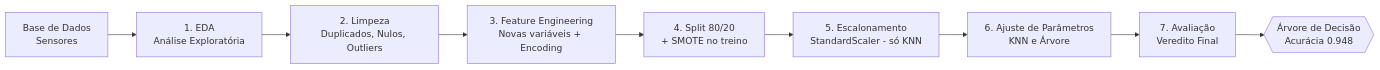
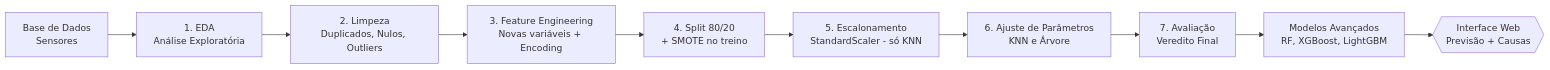
The diagram in README.md (renatosadriano-debug/olho-na-maquina), drawn with Mermaid before and after one commit. The commit also changed other lines of this file and 16 other files, not shown here.

Commit message:
adiciona interface web em streamlit com previsao e causas provaveis

````diff
--- a/README.md
+++ b/README.md
@@ -31,11 +31,12 @@
 ```mermaid
 flowchart LR
     A[Base de Dados<br/>Sensores] --> B[1. EDA<br/>Análise Exploratória]
     B --> C[2. Limpeza<br/>Duplicados, Nulos, Outliers]
     C --> D[3. Feature Engineering<br/>Novas variáveis + Encoding]
     D --> E[4. Split 80/20<br/>+ SMOTE no treino]
     E --> F[5. Escalonamento<br/>StandardScaler - só KNN]
     F --> G[6. Ajuste de Parâmetros<br/>KNN e Árvore]
     G --> H[7. Avaliação<br/>Veredito Final]
-    H --> I{{Árvore de Decisão<br/>Acurácia 0.948}}
+    H --> I[Modelos Avançados<br/>RF, XGBoost, LightGBM]
+    I --> J{{Interface Web<br/>Previsão + Causas}}
 ```
````
